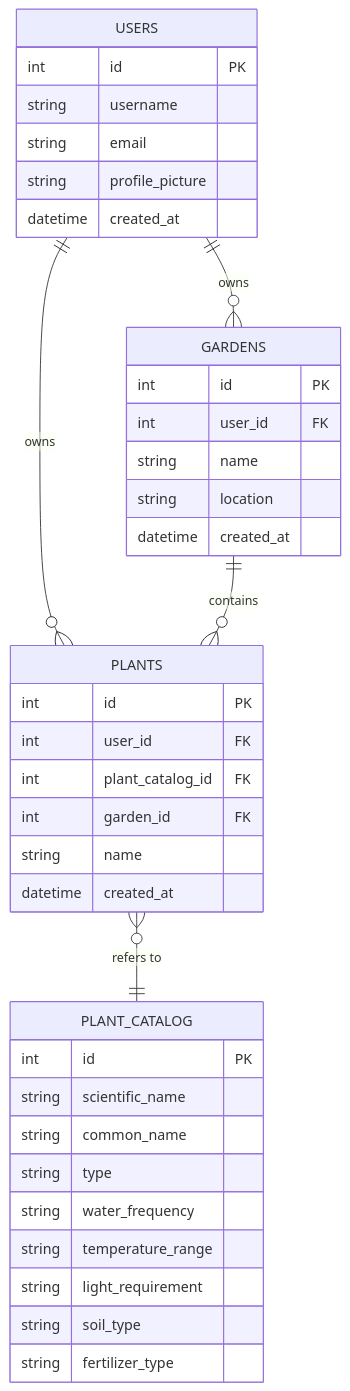
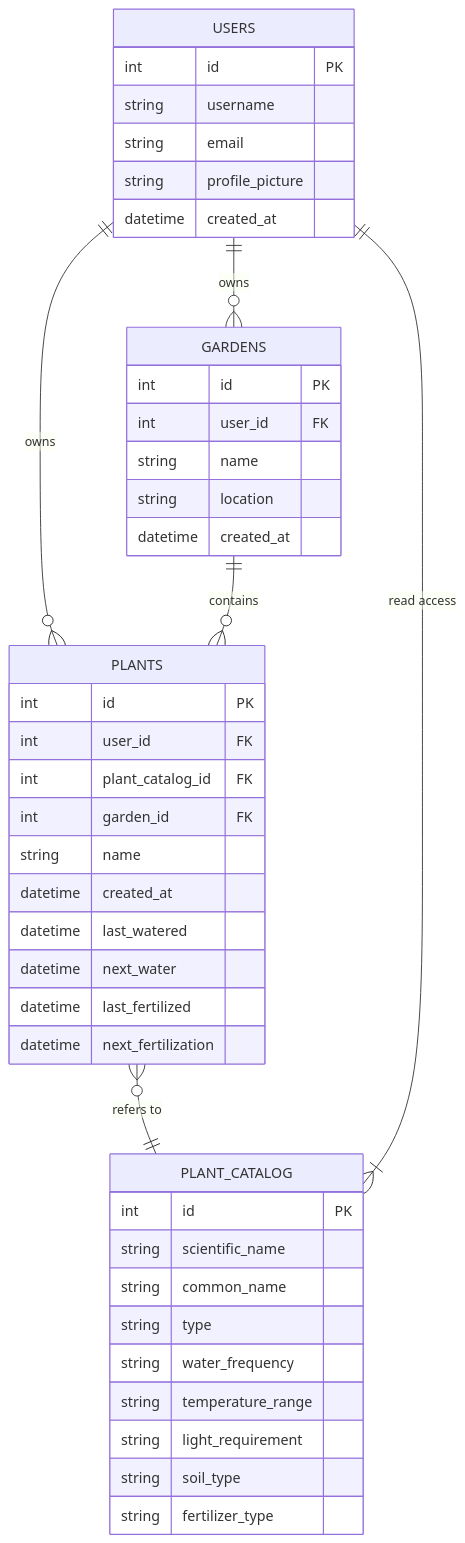
The diagram in docs/_posts/2024-11-14-database.md (Green-Fingers-App/gardeningApp), drawn with Mermaid before and after one commit.

```diff
--- a/docs/_posts/2024-11-14-database.md
+++ b/docs/_posts/2024-11-14-database.md
@@ -8,41 +8,47 @@
 <div class="mermaid">
 erDiagram
     USERS {
         int id PK
         string username
         string email
         string profile_picture
         datetime created_at
     }
     PLANT_CATALOG {
         int id PK
         string scientific_name
         string common_name
         string type
         string water_frequency
         string temperature_range
         string light_requirement
         string soil_type
         string fertilizer_type
     }
     PLANTS {
         int id PK
         int user_id FK
         int plant_catalog_id FK
         int garden_id FK
         string name
         datetime created_at
+        datetime last_watered
+        datetime next_water
+        datetime last_fertilized
+        datetime next_fertilization
     }
     GARDENS {
         int id PK
         int user_id FK
         string name
         string location
         datetime created_at
     }
 
+    %% Relationships
     USERS ||--o{ PLANTS : "owns"
     USERS ||--o{ GARDENS : "owns"
     PLANTS }o--|| PLANT_CATALOG : "refers to"
     GARDENS ||--o{ PLANTS : "contains"
+    USERS ||--|{ PLANT_CATALOG : "read access"
 </div>
```
